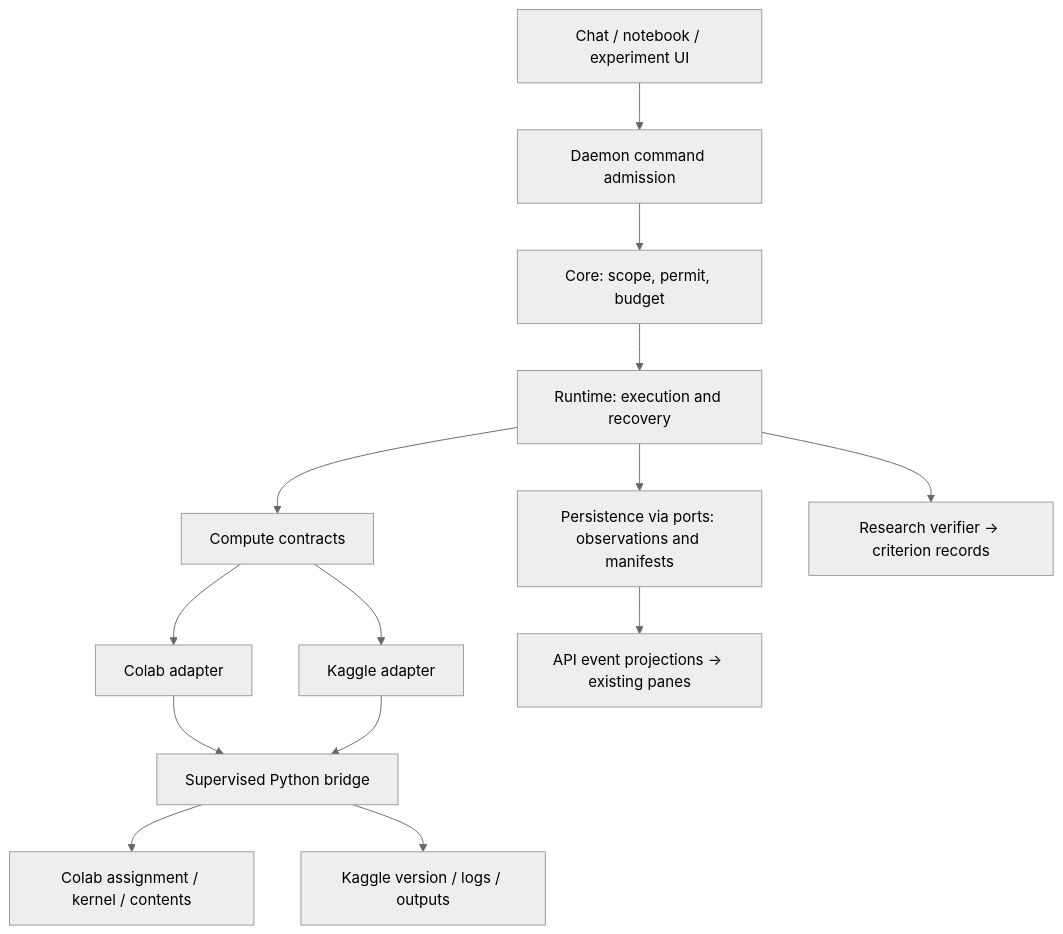
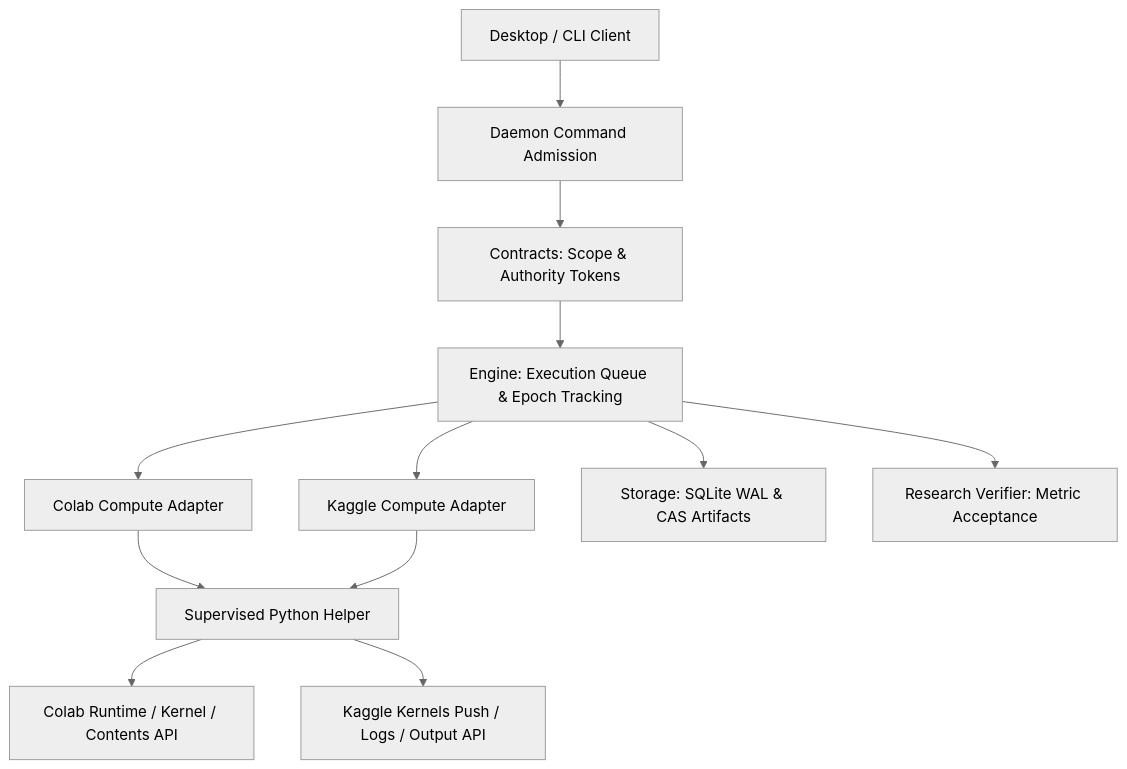
Before and after one commit to civi0411/Custos: the diagram in docs/architecture/remote-compute-colab-kaggle.md, drawn with Mermaid (neutral theme). The commit also changed other lines of this file and 53 other files, not shown here.

First line of the commit message:
docs(architecture): rewrite and synchronize docs with 4 canonical platform blocks

````diff
--- a/docs/architecture/remote-compute-colab-kaggle.md
+++ b/docs/architecture/remote-compute-colab-kaggle.md
@@ -77,16 +61,14 @@
 ```mermaid
 flowchart TD
-    C[Chat / notebook / experiment UI] --> A[Daemon command admission]
-    A --> K[Core: scope, permit, budget]
-    K --> R[Runtime: execution and recovery]
-    R --> P[Compute contracts]
-    P --> CA[Colab adapter]
-    P --> KA[Kaggle adapter]
-    CA --> H[Supervised Python bridge]
+    UI["Desktop / CLI Client"] --> API["Daemon Command Admission"]
+    API --> C["Contracts: Scope & Authority Tokens"]
+    C --> E["Engine: Execution Queue & Epoch Tracking"]
+    E --> CA["Colab Compute Adapter"]
+    E --> KA["Kaggle Compute Adapter"]
+    CA --> H["Supervised Python Helper"]
     KA --> H
-    H --> CO[Colab assignment / kernel / contents]
-    H --> KG[Kaggle version / logs / outputs]
-    R --> D[Persistence via ports: observations and manifests]
-    D --> U[API event projections → existing panes]
-    R --> V[Research verifier → criterion records]
+    H --> CO["Colab Runtime / Kernel / Contents API"]
+    H --> KG["Kaggle Kernels Push / Logs / Output API"]
+    E --> S["Storage: SQLite WAL & CAS Artifacts"]
+    E --> V["Research Verifier: Metric Acceptance"]
 ```
````
